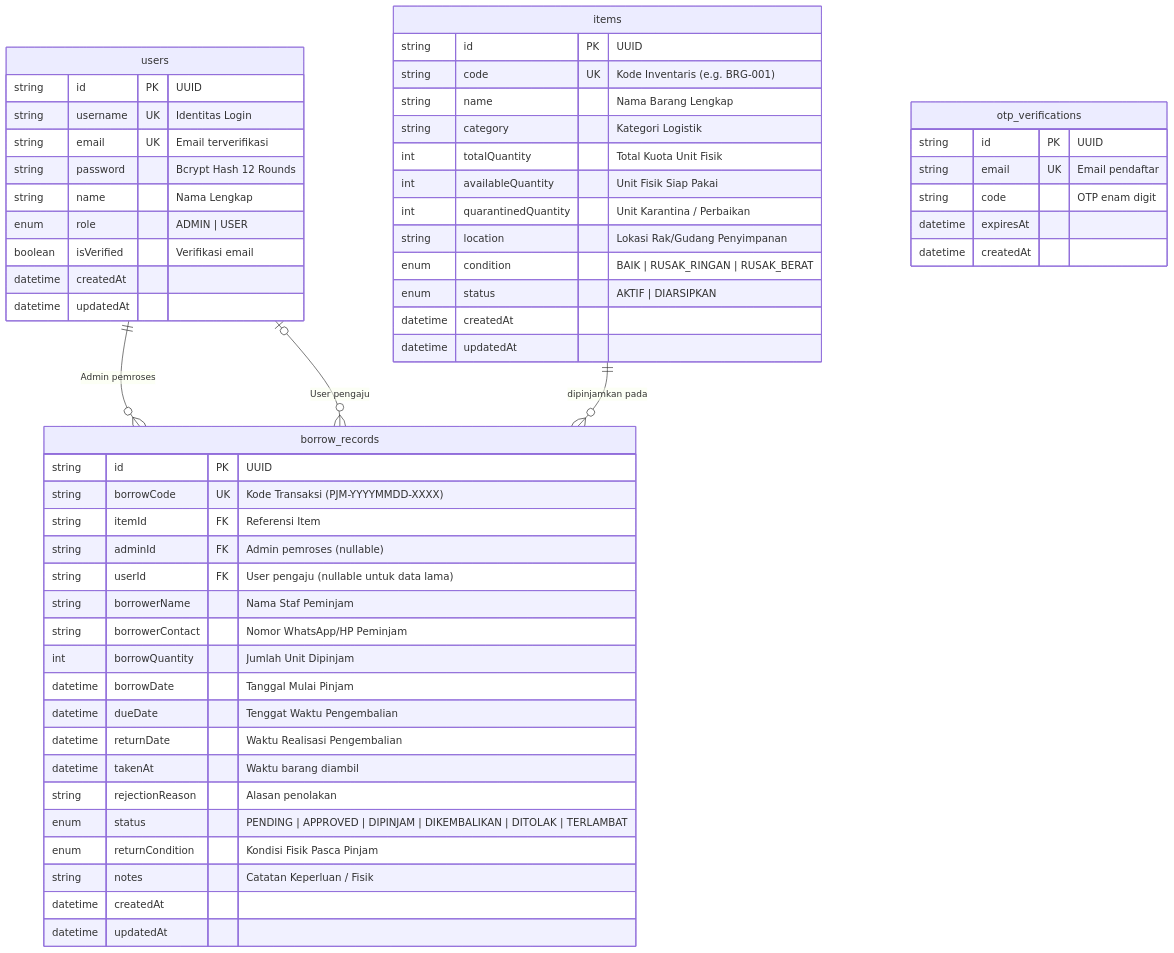
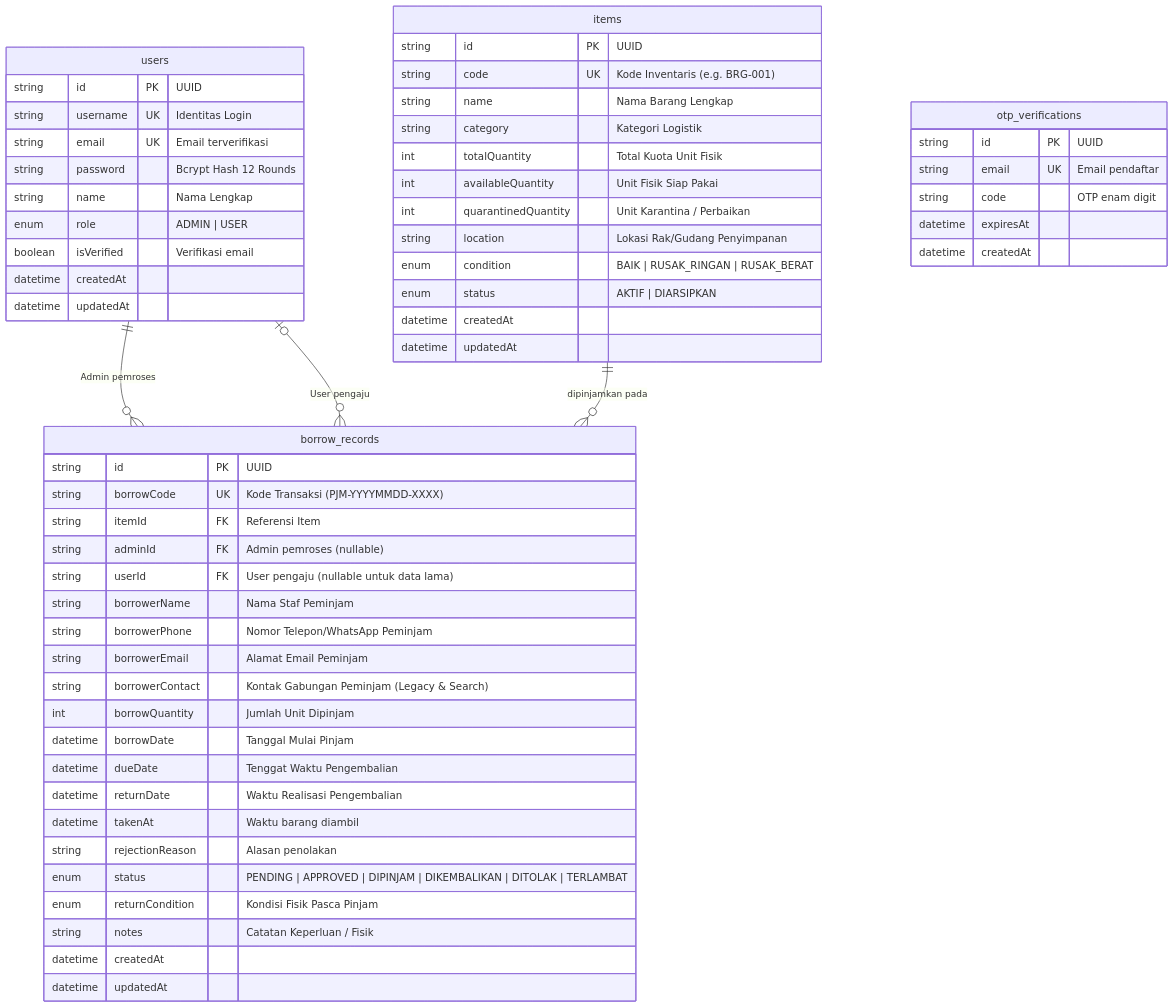
One commit to Imam-Maula/bpti-project-inventaris changed the second of 2 diagrams in README.md. Above: the diagram before and after it, drawn with Mermaid. The commit also changed other lines of this file and 45 other files, not shown here.

````diff
--- a/README.md
+++ b/README.md
@@ -142,62 +142,64 @@
 ```mermaid
 erDiagram
     users ||--o{ borrow_records : "Admin pemroses"
     users o|--o{ borrow_records : "User pengaju"
     items ||--o{ borrow_records : "dipinjamkan pada"
 
     users {
         string id PK "UUID"
         string username UK "Identitas Login"
         string email UK "Email terverifikasi"
         string password "Bcrypt Hash 12 Rounds"
         string name "Nama Lengkap"
         enum role "ADMIN | USER"
         boolean isVerified "Verifikasi email"
         datetime createdAt
         datetime updatedAt
     }
 
     otp_verifications {
         string id PK "UUID"
         string email UK "Email pendaftar"
         string code "OTP enam digit"
         datetime expiresAt
         datetime createdAt
     }
 
     items {
         string id PK "UUID"
         string code UK "Kode Inventaris (e.g. BRG-001)"
         string name "Nama Barang Lengkap"
         string category "Kategori Logistik"
         int totalQuantity "Total Kuota Unit Fisik"
         int availableQuantity "Unit Fisik Siap Pakai"
         int quarantinedQuantity "Unit Karantina / Perbaikan"
         string location "Lokasi Rak/Gudang Penyimpanan"
         enum condition "BAIK | RUSAK_RINGAN | RUSAK_BERAT"
         enum status "AKTIF | DIARSIPKAN"
         datetime createdAt
         datetime updatedAt
     }
 
     borrow_records {
         string id PK "UUID"
         string borrowCode UK "Kode Transaksi (PJM-YYYYMMDD-XXXX)"
         string itemId FK "Referensi Item"
         string adminId FK "Admin pemroses (nullable)"
         string userId FK "User pengaju (nullable untuk data lama)"
         string borrowerName "Nama Staf Peminjam"
-        string borrowerContact "Nomor WhatsApp/HP Peminjam"
+        string borrowerPhone "Nomor Telepon/WhatsApp Peminjam"
+        string borrowerEmail "Alamat Email Peminjam"
+        string borrowerContact "Kontak Gabungan Peminjam (Legacy & Search)"
         int borrowQuantity "Jumlah Unit Dipinjam"
         datetime borrowDate "Tanggal Mulai Pinjam"
         datetime dueDate "Tenggat Waktu Pengembalian"
         datetime returnDate "Waktu Realisasi Pengembalian"
         datetime takenAt "Waktu barang diambil"
         string rejectionReason "Alasan penolakan"
         enum status "PENDING | APPROVED | DIPINJAM | DIKEMBALIKAN | DITOLAK | TERLAMBAT"
         enum returnCondition "Kondisi Fisik Pasca Pinjam"
         string notes "Catatan Keperluan / Fisik"
         datetime createdAt
         datetime updatedAt
     }
 ```
````
